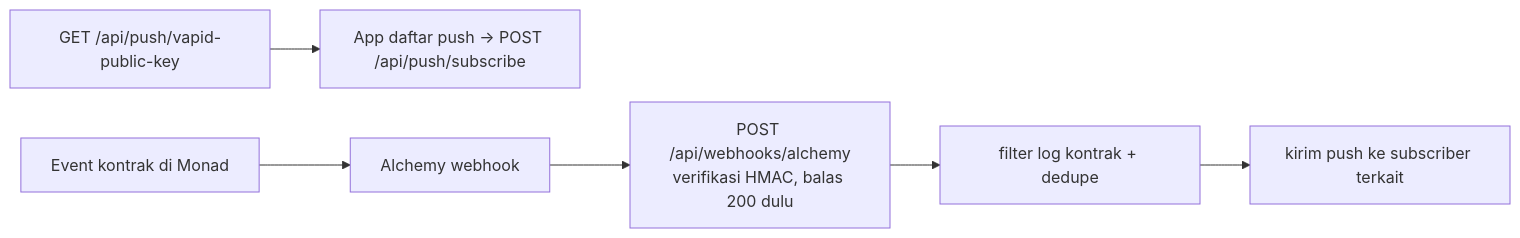
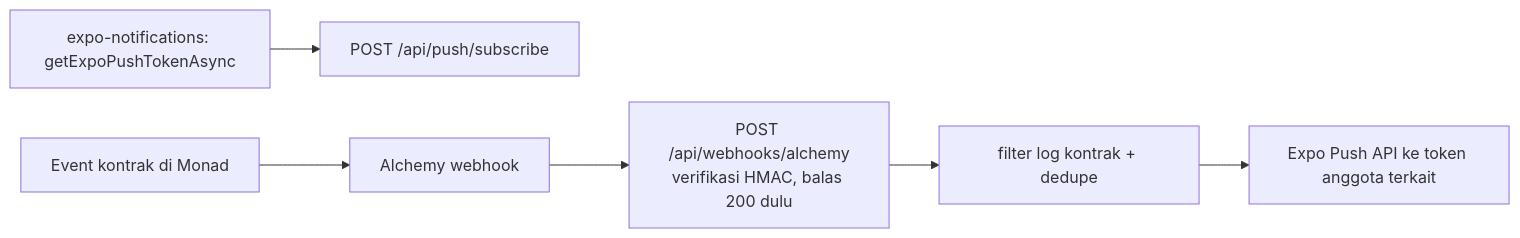
Before and after one commit to sewunodetech/tekosoe: the seventh of 7 diagrams in apps/api/docs/API.md, drawn with Mermaid. The commit also changed other lines of this file and 5 other files, not shown here.

````diff
--- a/apps/api/docs/API.md
+++ b/apps/api/docs/API.md
@@ -181,8 +203,8 @@
 ```mermaid
 flowchart LR
-  A[GET /api/push/vapid-public-key] --> B[App daftar push → POST /api/push/subscribe]
+  A[expo-notifications: getExpoPushTokenAsync] --> B[POST /api/push/subscribe]
   C[Event kontrak di Monad] --> D[Alchemy webhook]
   D --> E[POST /api/webhooks/alchemy<br/>verifikasi HMAC, balas 200 dulu]
   E --> F[filter log kontrak + dedupe]
-  F --> G[kirim push ke subscriber terkait]
+  F --> G[Expo Push API ke token anggota terkait]
 ```
````
